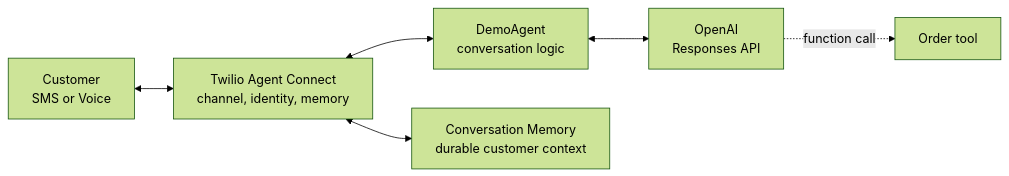
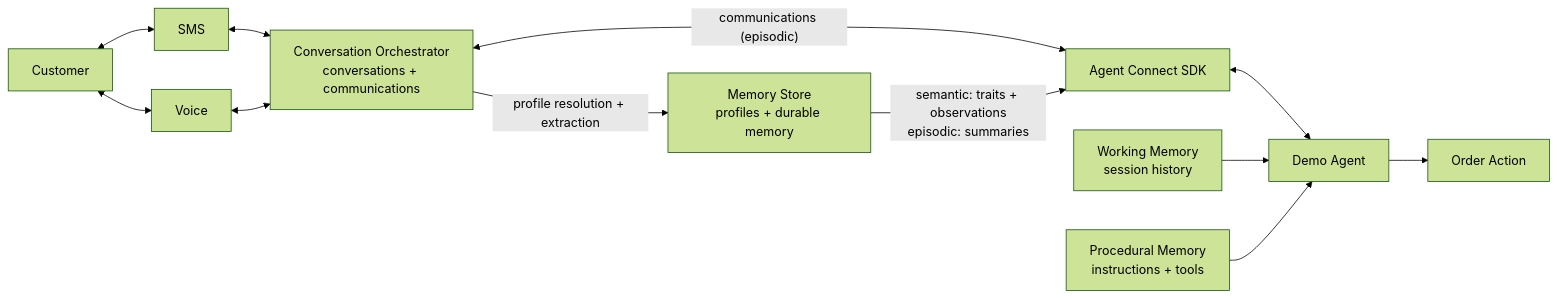
Before and after one commit to kuroxx/conversational-agent-memory: the diagram in README.md, drawn with Mermaid (forest theme). The commit also changed other lines of this file and 3 other files, not shown here.

````diff
--- a/README.md
+++ b/README.md
@@ -20,13 +20,25 @@
 ```mermaid
 flowchart LR
-    Customer["Customer<br/>SMS or Voice"]
-    TAC["Twilio Agent Connect<br/>channel, identity, memory"]
-    Agent["DemoAgent<br/>conversation logic"]
-    OpenAI["OpenAI<br/>Responses API"]
-    Tool["Order tool"]
-    Memory["Conversation Memory<br/>durable customer context"]
+    Customer["Customer"]
+    SMS["SMS"]
+    Voice["Voice"]
+    CO["Conversation Orchestrator<br/>conversations + communications"]
+    Memory["Memory Store<br/>profiles + durable memory"]
+    TAC["Agent Connect SDK"]
+    Agent["Demo Agent"]
+    Working["Working Memory<br/>session history"]
+    Procedural["Procedural Memory<br/>instructions + tools"]
+    Action["Order Action"]
 
-    Customer <--> TAC <--> Agent <--> OpenAI
-    OpenAI -. "function call" .-> Tool
-    TAC <--> Memory
+    Customer <--> SMS
+    Customer <--> Voice
+    SMS <--> CO
+    Voice <--> CO
+    CO -->|"profile resolution + extraction"| Memory
+    CO <-->|"communications (episodic)"| TAC
+    Memory -->|"semantic: traits + observations<br/>episodic: summaries"| TAC
+    TAC <--> Agent
+    Working --> Agent
+    Procedural --> Agent
+    Agent --> Action
 ```
````
